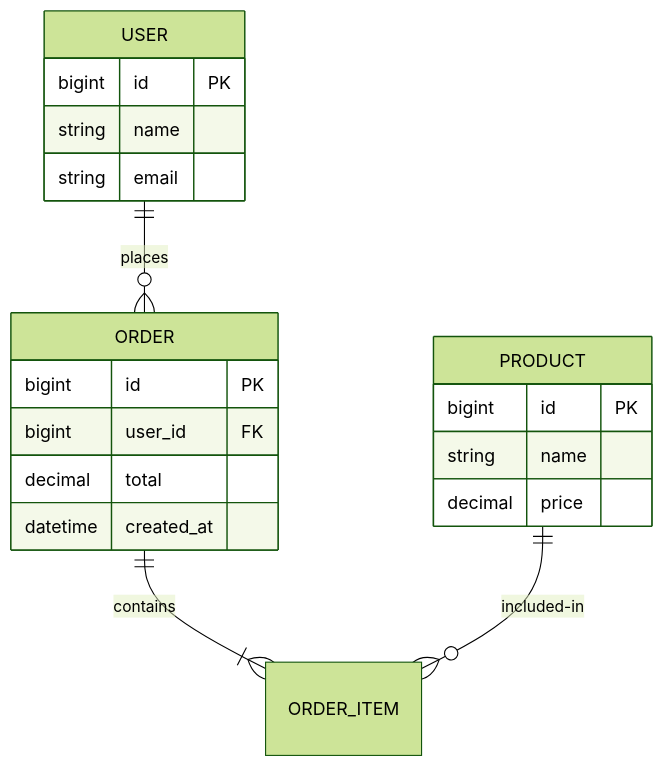
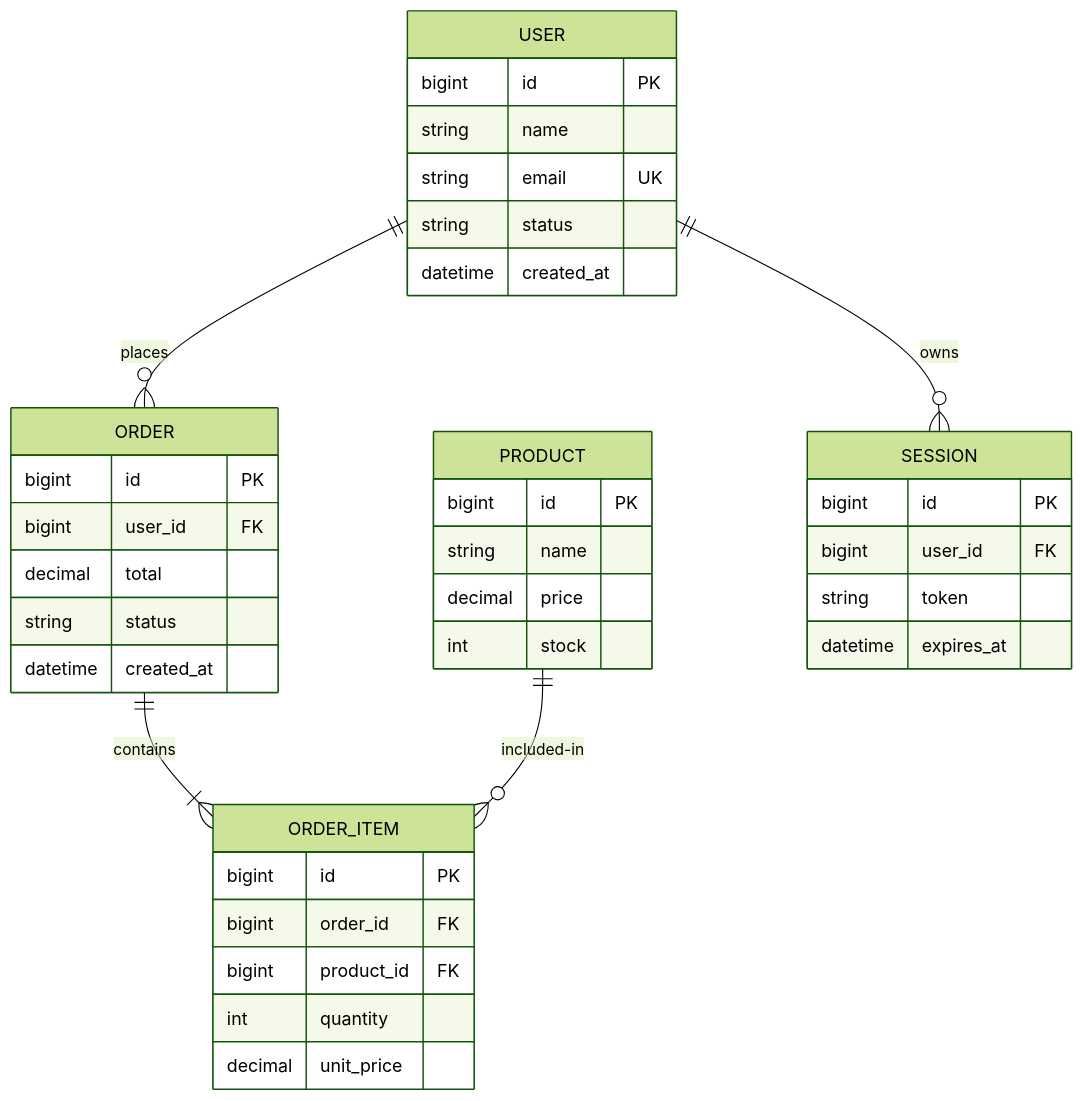
One commit to quanyu-ai/skills-repos changed the first of 2 diagrams in solution-design/templates/solution-structure/database/er-diagram.md. Above: the diagram before and after it, drawn with Mermaid (forest theme). The commit also changed other lines of this file and 17 other files, not shown here.

````diff
--- a/solution-design/templates/solution-structure/database/er-diagram.md
+++ b/solution-design/templates/solution-structure/database/er-diagram.md
@@ -5,23 +7,41 @@
 ```mermaid
 erDiagram
     USER ||--o{ ORDER : places
     ORDER ||--|{ ORDER_ITEM : contains
     PRODUCT ||--o{ ORDER_ITEM : included-in
+    USER ||--o{ SESSION : owns
 
     USER {
         bigint id PK
         string name
-        string email
+        string email UK
+        string status
+        datetime created_at
     }
     ORDER {
         bigint id PK
         bigint user_id FK
         decimal total
+        string status
         datetime created_at
     }
     PRODUCT {
         bigint id PK
         string name
         decimal price
+        int stock
+    }
+    ORDER_ITEM {
+        bigint id PK
+        bigint order_id FK
+        bigint product_id FK
+        int quantity
+        decimal unit_price
+    }
+    SESSION {
+        bigint id PK
+        bigint user_id FK
+        string token
+        datetime expires_at
     }
 ```
````
